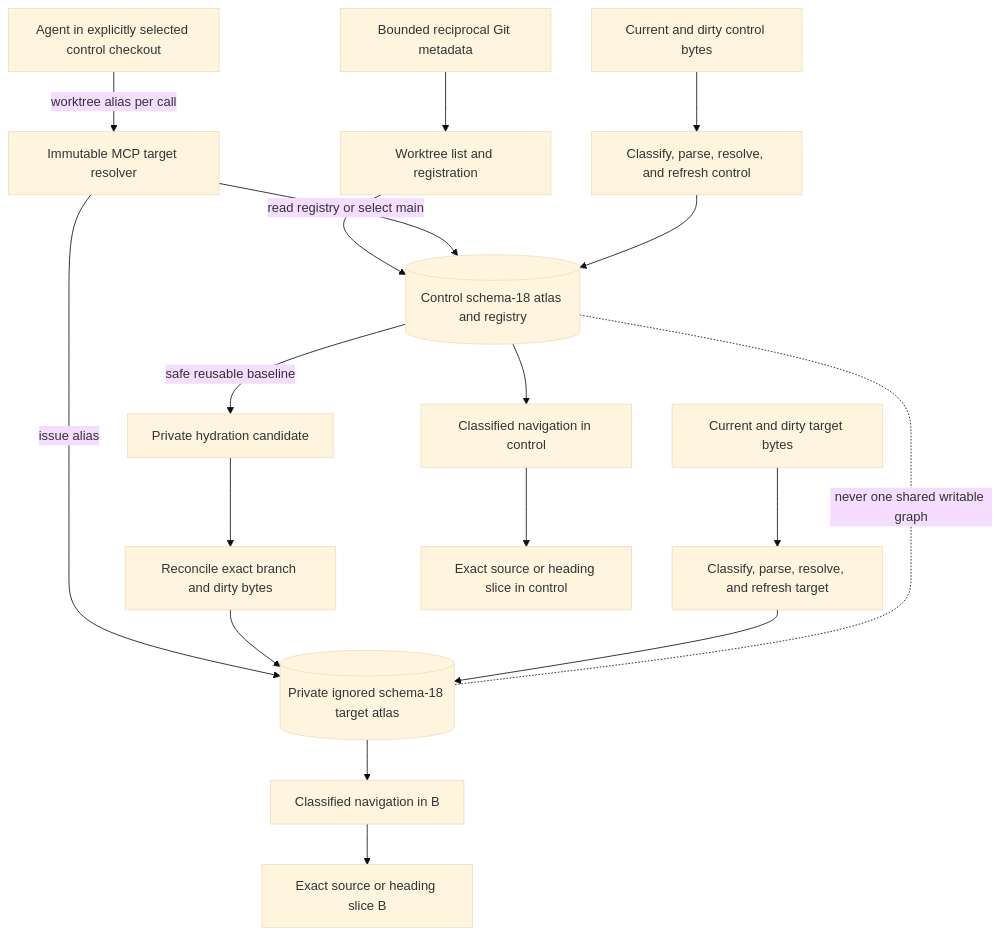
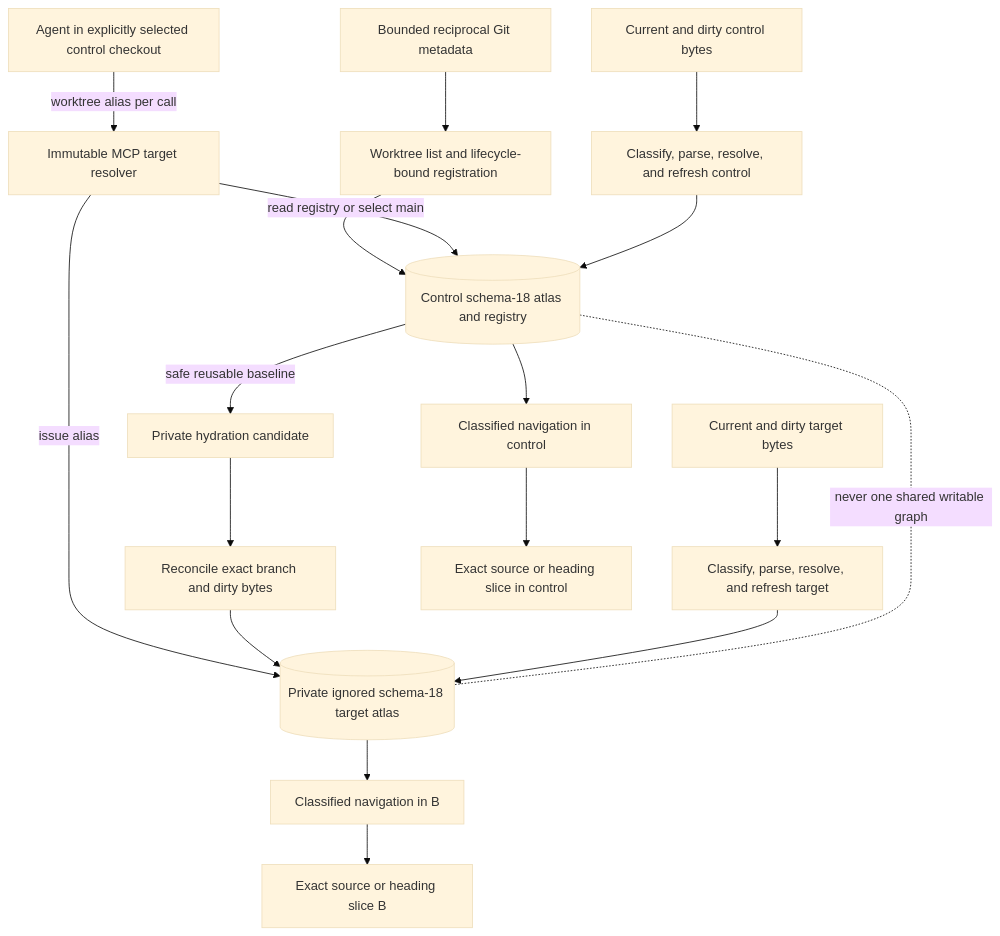
Diagram 26 of 33 in docs/projectatlas-3-architecture.md (styler-ai/ProjectAtlas), drawn with Mermaid (base theme) before and after one commit. The commit also changed other lines of this file and 11 other files, not shown here.

````diff
--- a/docs/projectatlas-3-architecture.md
+++ b/docs/projectatlas-3-architecture.md
@@ -1807,20 +1807,20 @@
 ```mermaid
 flowchart TB
     Agent[Agent in explicitly selected control checkout] -->|worktree alias per call| Resolver[Immutable MCP target resolver]
-    Git[Bounded reciprocal Git metadata] --> Registry[Worktree list and registration]
+    Git[Bounded reciprocal Git metadata] --> Registry[Worktree list and lifecycle-bound registration]
     Registry --> Control
     Resolver -->|read registry or select main| Control[(Control schema-18 atlas and registry)]
     Resolver -->|issue alias| DbB[(Private ignored schema-18 target atlas)]
     Control -->|safe reusable baseline| Candidate[Private hydration candidate]
     Candidate --> Reconcile[Reconcile exact branch and dirty bytes]
     Reconcile --> DbB
     SavedA[Current and dirty control bytes] --> BuildA[Classify, parse, resolve, and refresh control]
     BuildA --> Control
     SavedB[Current and dirty target bytes] --> BuildB[Classify, parse, resolve, and refresh target]
     BuildB --> DbB
     Control --> NavigateA[Classified navigation in control]
     DbB --> NavigateB[Classified navigation in B]
     NavigateA --> SliceA[Exact source or heading slice in control]
     NavigateB --> SliceB[Exact source or heading slice B]
     Control -. never one shared writable graph .- DbB
 ```
````
